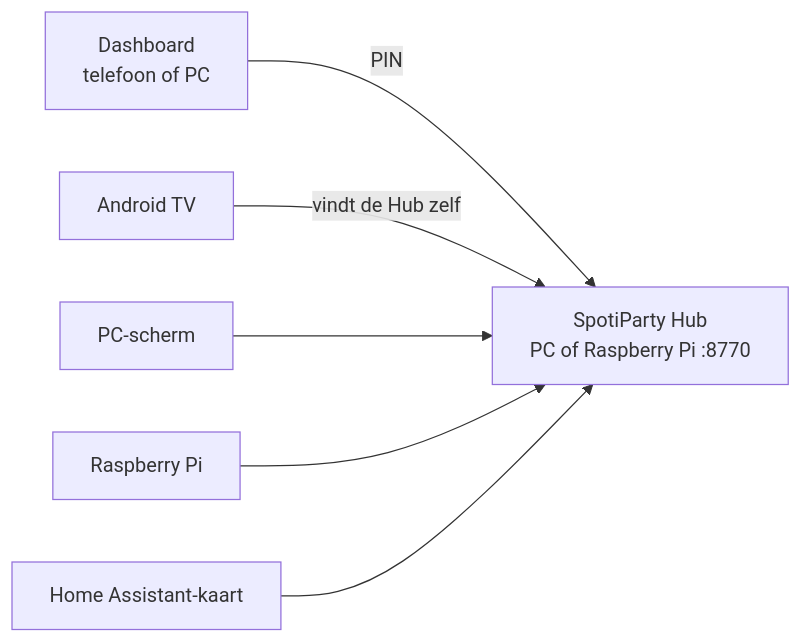
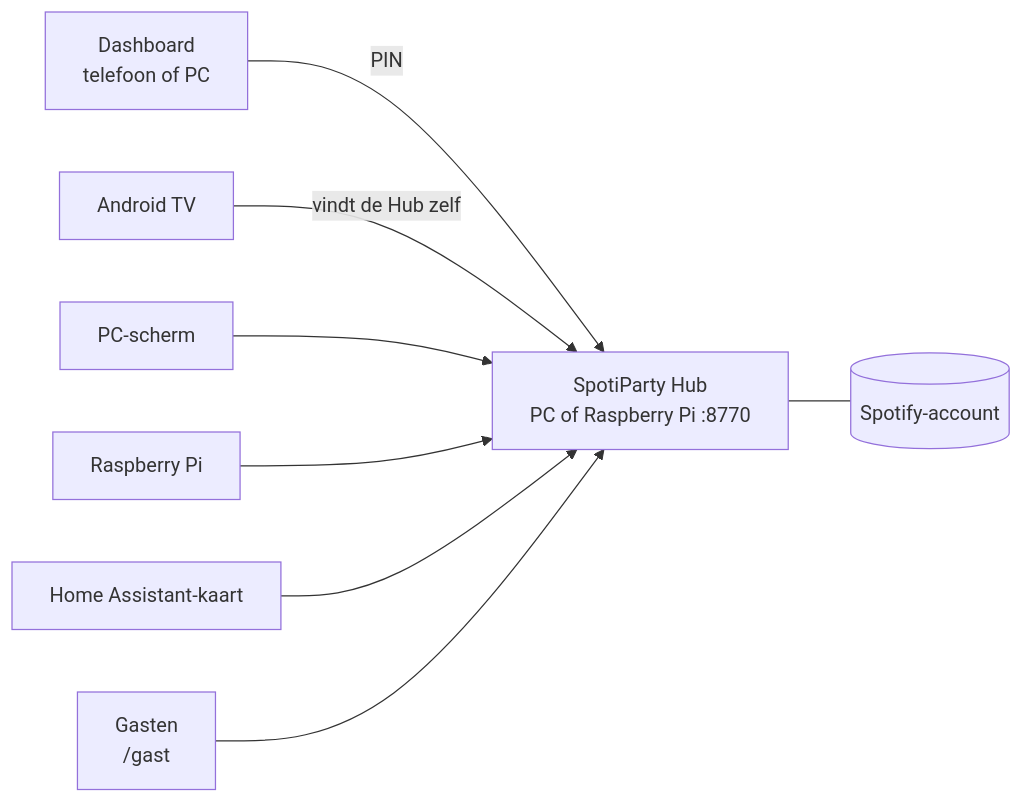
Before and after one commit to CodeAura/SpotiParty: the diagram in docs/hub/hub-dashboard.md, drawn with Mermaid. The commit also changed other lines of this file and 28 other files, not shown here.

````diff
--- a/docs/hub/hub-dashboard.md
+++ b/docs/hub/hub-dashboard.md
@@ -10,8 +10,10 @@
 ```mermaid
 flowchart LR
     D[Dashboard<br/>telefoon of PC] -->|PIN| H[SpotiParty Hub<br/>PC of Raspberry Pi :8770]
     TV[Android TV] -->|vindt de Hub zelf| H
     PC[PC-scherm] --> H
     PI[Raspberry Pi] --> H
     HA[Home Assistant-kaart] --> H
+    G[Gasten<br/>/gast] --> H
+    H --- SP[(Spotify-account)]
 ```
````
